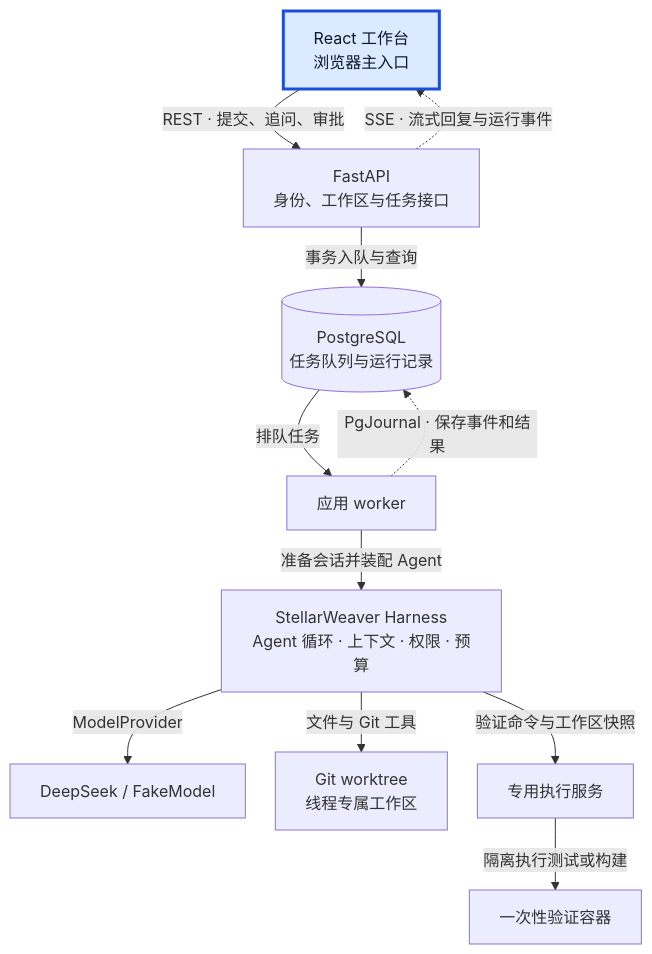
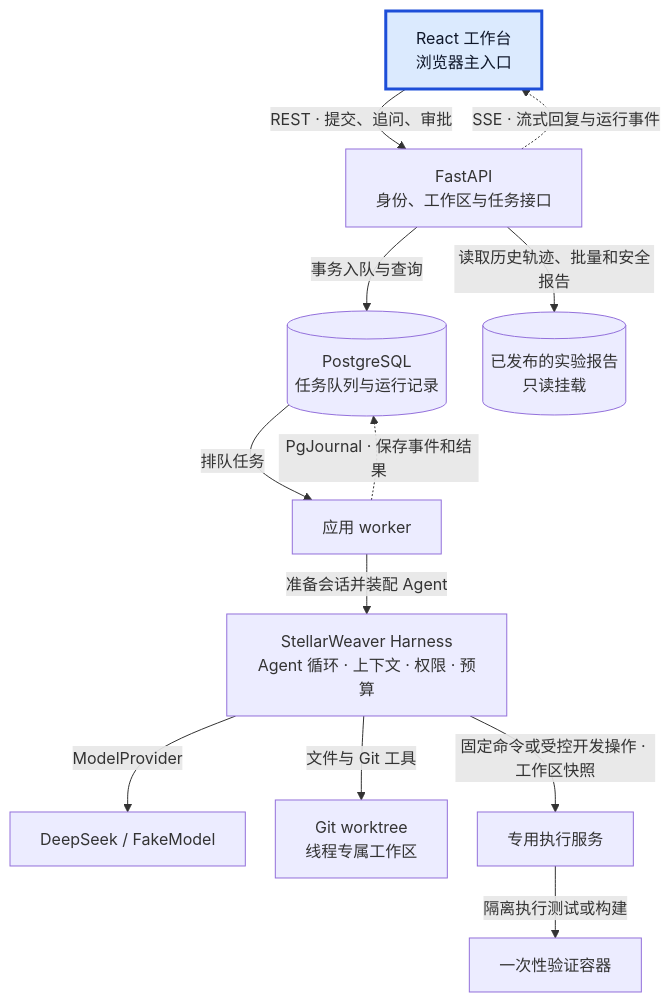
Before and after one commit to lyx0902/StellarWeaver: the second of 3 diagrams in docs/ARCHITECTURE.md, drawn with Mermaid. The commit also changed other lines of this file and 69 other files, not shown here.

````diff
--- a/docs/ARCHITECTURE.md
+++ b/docs/ARCHITECTURE.md
@@ -29,33 +29,35 @@
 ```mermaid
 ---
 config:
   flowchart:
     rankSpacing: 36
     nodeSpacing: 30
     wrappingWidth: 220
 ---
 flowchart TB
     Workbench["React 工作台<br/>浏览器主入口"]
     API["FastAPI<br/>身份、工作区与任务接口"]
     Store[("PostgreSQL<br/>任务队列与运行记录")]
     Worker["应用 worker"]
     Harness["StellarWeaver Harness<br/>Agent 循环 · 上下文 · 权限 · 预算"]
     Model["DeepSeek / FakeModel"]
     Worktree["Git worktree<br/>线程专属工作区"]
     Executor["专用执行服务"]
     Runner["一次性验证容器"]
+    Experiments[("已发布的实验报告<br/>只读挂载")]
 
     Workbench -->|"REST · 提交、追问、审批"| API
     API -.->|"SSE · 流式回复与运行事件"| Workbench
+    API -->|"读取历史轨迹、批量和安全报告"| Experiments
     API -->|"事务入队与查询"| Store
     Store -->|"排队任务"| Worker
     Worker -.->|"PgJournal · 保存事件和结果"| Store
     Worker -->|"准备会话并装配 Agent"| Harness
     Harness -->|"ModelProvider"| Model
     Harness -->|"文件与 Git 工具"| Worktree
-    Harness -->|"验证命令与工作区快照"| Executor
+    Harness -->|"固定命令或受控开发操作 · 工作区快照"| Executor
     Executor -->|"隔离执行测试或构建"| Runner
 
     classDef entry fill:#dbeafe,stroke:#1d4ed8,color:#0f172a,stroke-width:3px
     class Workbench entry
 ```
````
